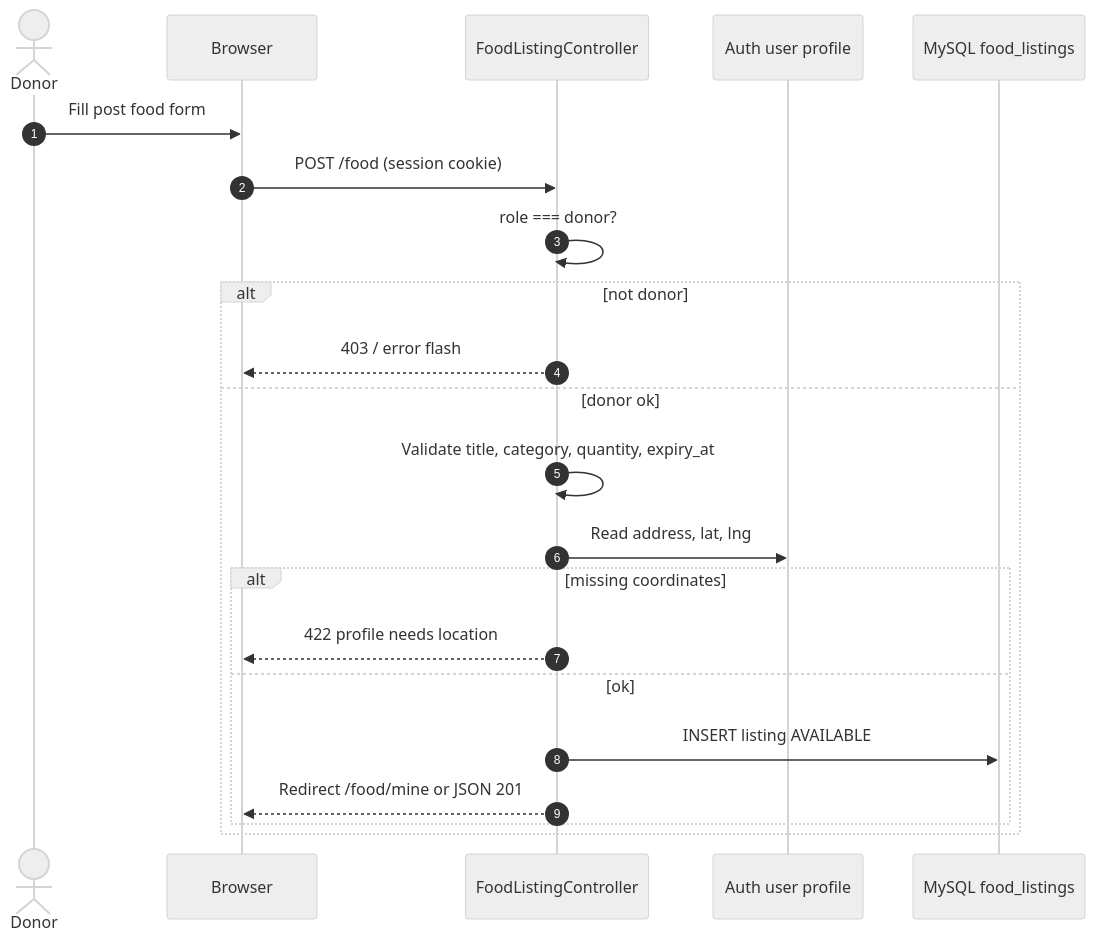
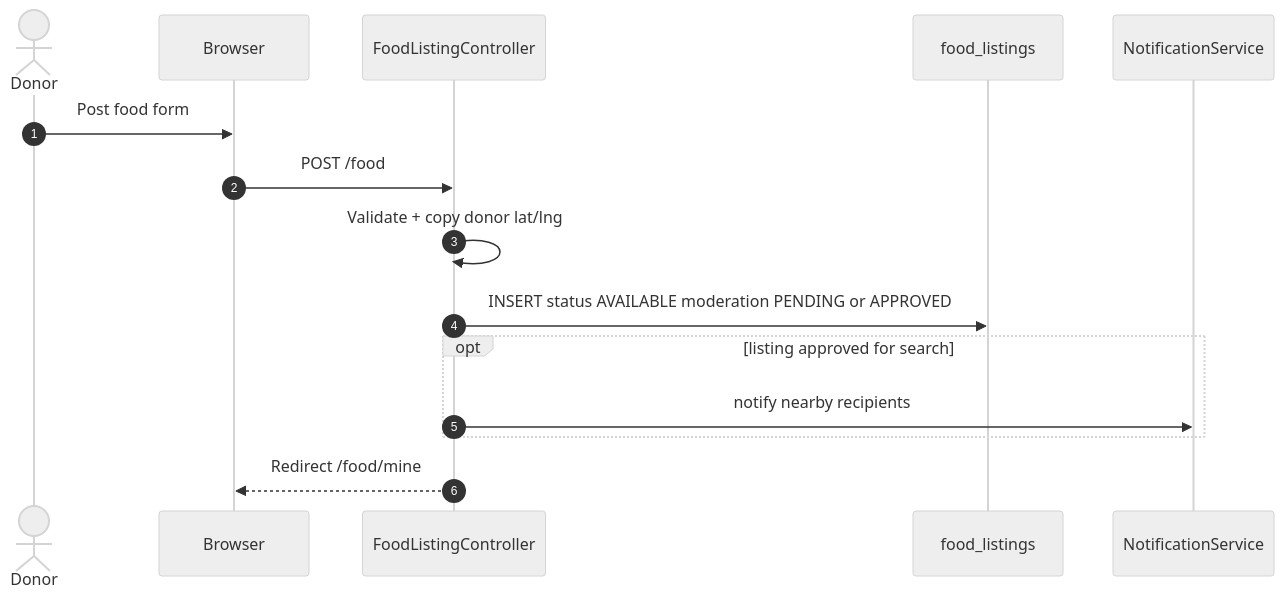
One commit to Shaheerazam111/Community-Food-Wastage-Reduction-Portal-v2 changed the diagram in Documentation/images/v2/source/06-sequence-post-listing.mmd. Above: the diagram before and after it, drawn with Mermaid (neutral theme). The commit also changed 138 other files, not shown here.

```diff
--- a/Documentation/images/v2/source/06-sequence-post-listing.mmd
+++ b/Documentation/images/v2/source/06-sequence-post-listing.mmd
@@ -1,23 +1,16 @@
 sequenceDiagram
     autonumber
     actor Donor
     participant Browser
     participant Food as FoodListingController
-    participant User as Auth user profile
-    participant DB as MySQL food_listings
+    participant DB as food_listings
+    participant NS as NotificationService
 
-    Donor->>Browser: Fill post food form
-    Browser->>Food: POST /food (session cookie)
-    Food->>Food: role === donor?
-    alt not donor
-        Food-->>Browser: 403 / error flash
-    else donor ok
-        Food->>Food: Validate title, category, quantity, expiry_at
-        Food->>User: Read address, lat, lng
-        alt missing coordinates
-            Food-->>Browser: 422 profile needs location
-        else ok
-            Food->>DB: INSERT listing AVAILABLE
-            Food-->>Browser: Redirect /food/mine or JSON 201
-        end
+    Donor->>Browser: Post food form
+    Browser->>Food: POST /food
+    Food->>Food: Validate + copy donor lat/lng
+    Food->>DB: INSERT status AVAILABLE moderation PENDING or APPROVED
+    opt listing approved for search
+        Food->>NS: notify nearby recipients
     end
+    Food-->>Browser: Redirect /food/mine
```
